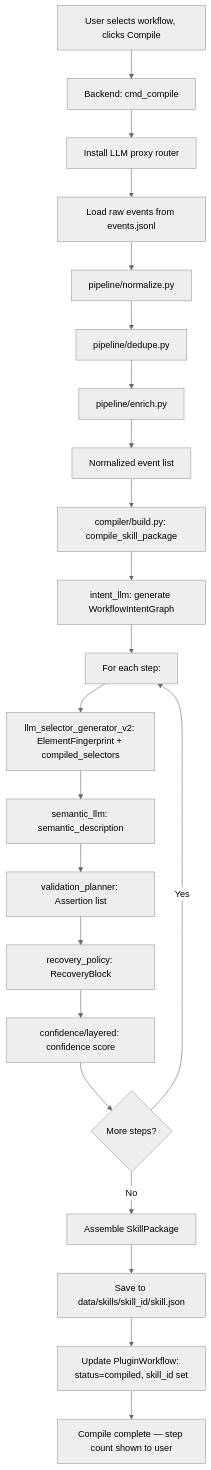
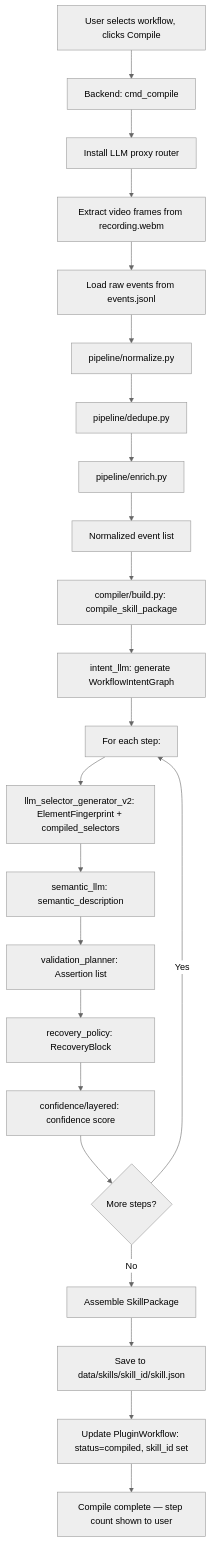
Before and after one commit to Cannonbold2412/CONXA: the sixth of 17 diagrams in docs/App-Flow.md, drawn with Mermaid (neutral theme). The commit also changed other lines of this file and 9 other files, not shown here.

````diff
--- a/docs/App-Flow.md
+++ b/docs/App-Flow.md
@@ -163,25 +167,26 @@
 ```mermaid
 flowchart TD
     A[User selects workflow, clicks Compile] --> B[Backend: cmd_compile]
     B --> C[Install LLM proxy router]
-    C --> D[Load raw events from events.jsonl]
+    C --> C2[Extract video frames from recording.webm]
+    C2 --> D[Load raw events from events.jsonl]
     D --> E[pipeline/normalize.py]
     E --> F[pipeline/dedupe.py]
     F --> G[pipeline/enrich.py]
     G --> H[Normalized event list]
     H --> I[compiler/build.py: compile_skill_package]
     
     I --> J[intent_llm: generate WorkflowIntentGraph]
     J --> K[For each step:]
     K --> L[llm_selector_generator_v2: ElementFingerprint + compiled_selectors]
     L --> M[semantic_llm: semantic_description]
     M --> N[validation_planner: Assertion list]
     N --> O[recovery_policy: RecoveryBlock]
     O --> P[confidence/layered: confidence score]
     P --> Q{More steps?}
     Q -->|Yes| K
     Q -->|No| R[Assemble SkillPackage]
     R --> S[Save to data/skills/skill_id/skill.json]
     S --> T[Update PluginWorkflow: status=compiled, skill_id set]
     T --> U[Compile complete — step count shown to user]
 ```
````
